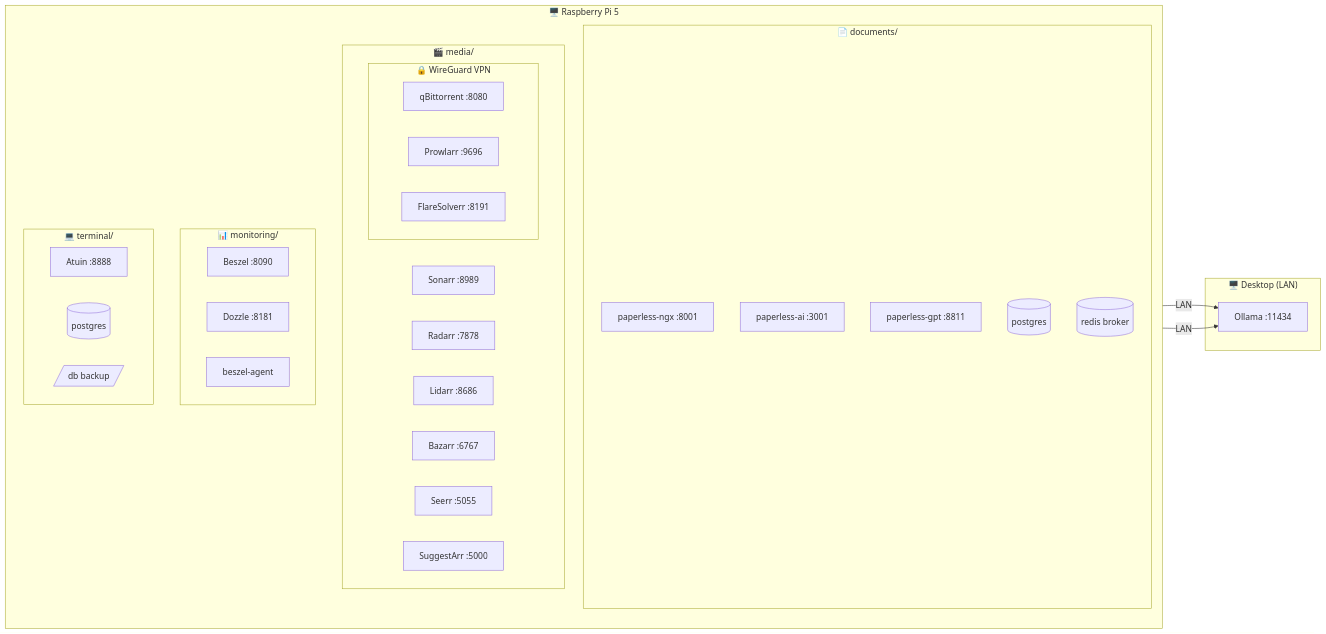
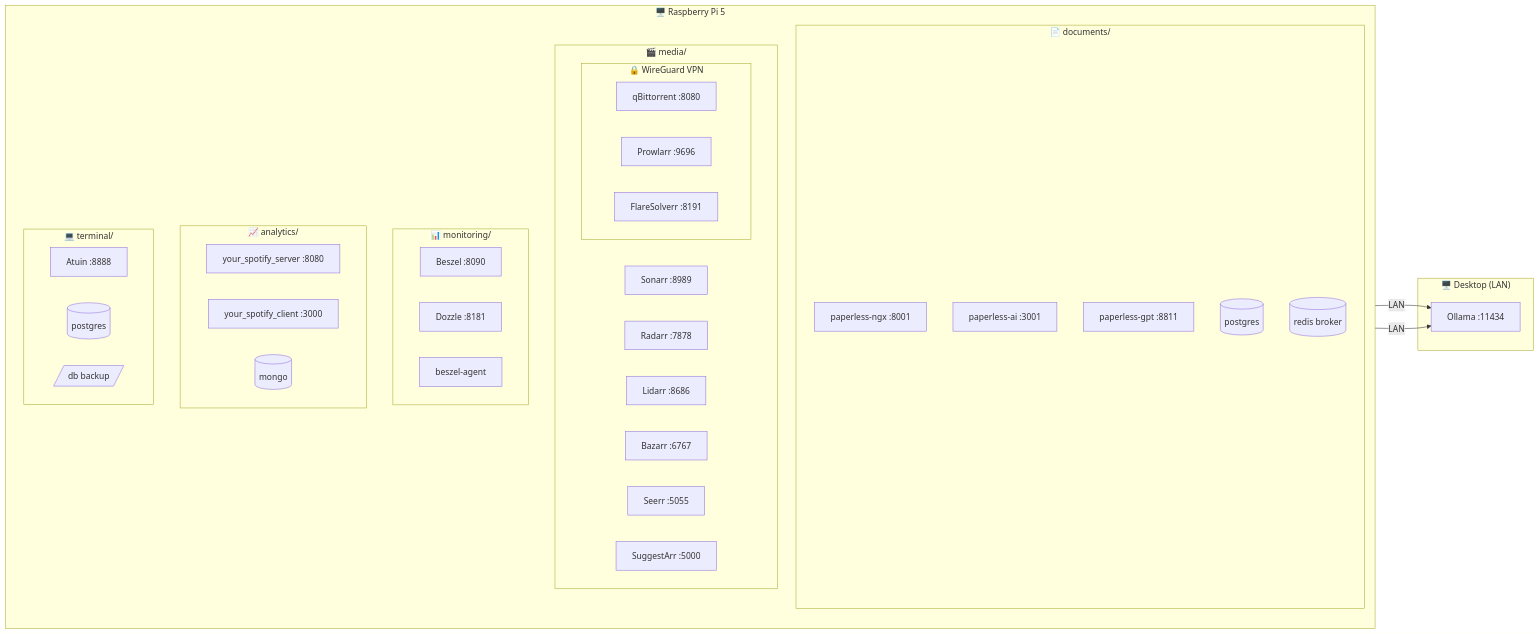
The diagram in README.md (lexcode/homelab), drawn with Mermaid before and after one commit. The commit also changed other lines of this file and 4 other files, not shown here.

Commit message:
feat: Your Spotify Analitycs

````diff
--- a/README.md
+++ b/README.md
@@ -5,41 +5,46 @@
 ```mermaid
 graph LR
     subgraph pi["🖥️  Raspberry Pi 5"]
         direction TB
         subgraph docs["📄  documents/"]
             pngx[paperless-ngx :8001]
             pai[paperless-ai :3001]
             pgpt[paperless-gpt :8811]
             pg[(postgres)]
             rd[(redis broker)]
         end
         subgraph med["🎬  media/"]
             subgraph vpnnet["🔒  WireGuard VPN"]
                 qbt[qBittorrent :8080]
                 prowlarr[Prowlarr :9696]
                 flare[FlareSolverr :8191]
             end
             sonarr[Sonarr :8989]
             radarr[Radarr :7878]
             lidarr[Lidarr :8686]
             bazarr[Bazarr :6767]
             seerr[Seerr :5055]
             suggestarr[SuggestArr :5000]
         end
         subgraph mon["📊  monitoring/"]
             beszel[Beszel :8090]
             dozzle[Dozzle :8181]
             beszelagent[beszel-agent]
         end
+        subgraph ana["📈  analytics/"]
+            yss[your_spotify_server :8080]
+            ysc[your_spotify_client :3000]
+            ysm[(mongo)]
+        end
         subgraph term["💻  terminal/"]
             atuin[Atuin :8888]
             atuinpg[(postgres)]
             atuinbkp[/db backup/]
         end
     end
     subgraph desktop["🖥️  Desktop (LAN)"]
         ollama[Ollama :11434]
     end
     pai -- LAN --> ollama
     pgpt -- LAN --> ollama
 ```
````
